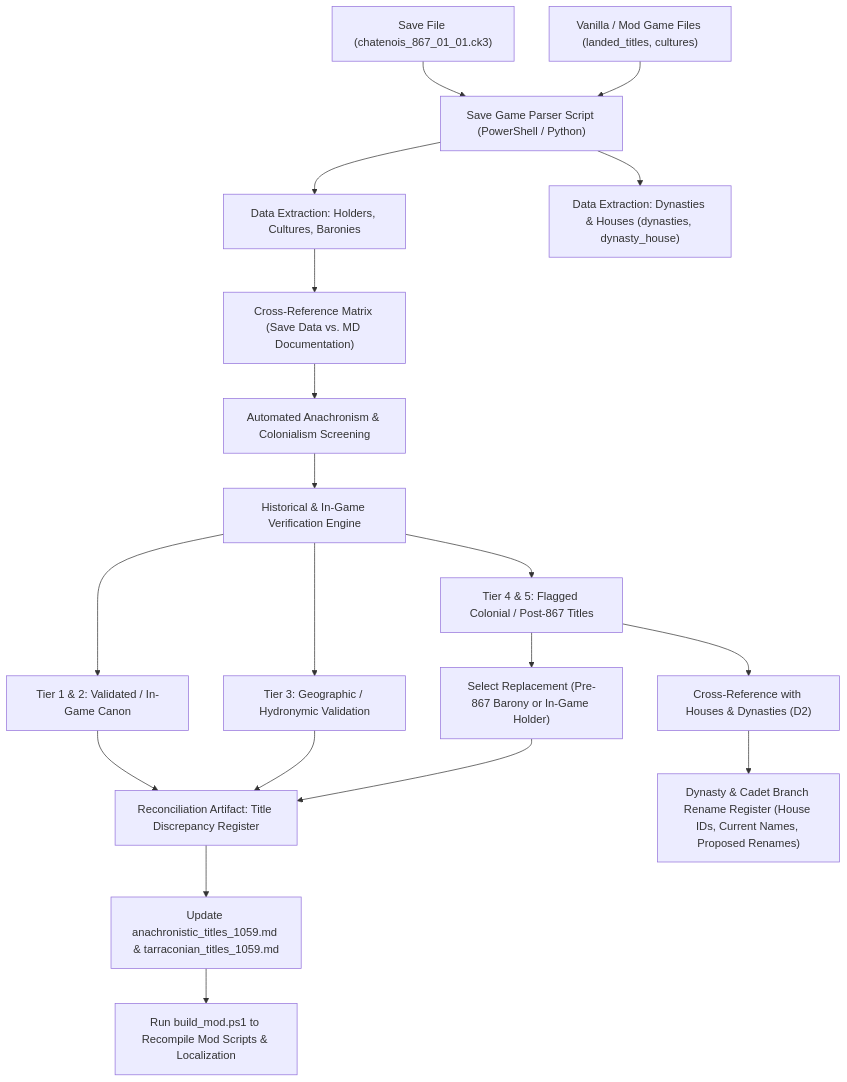
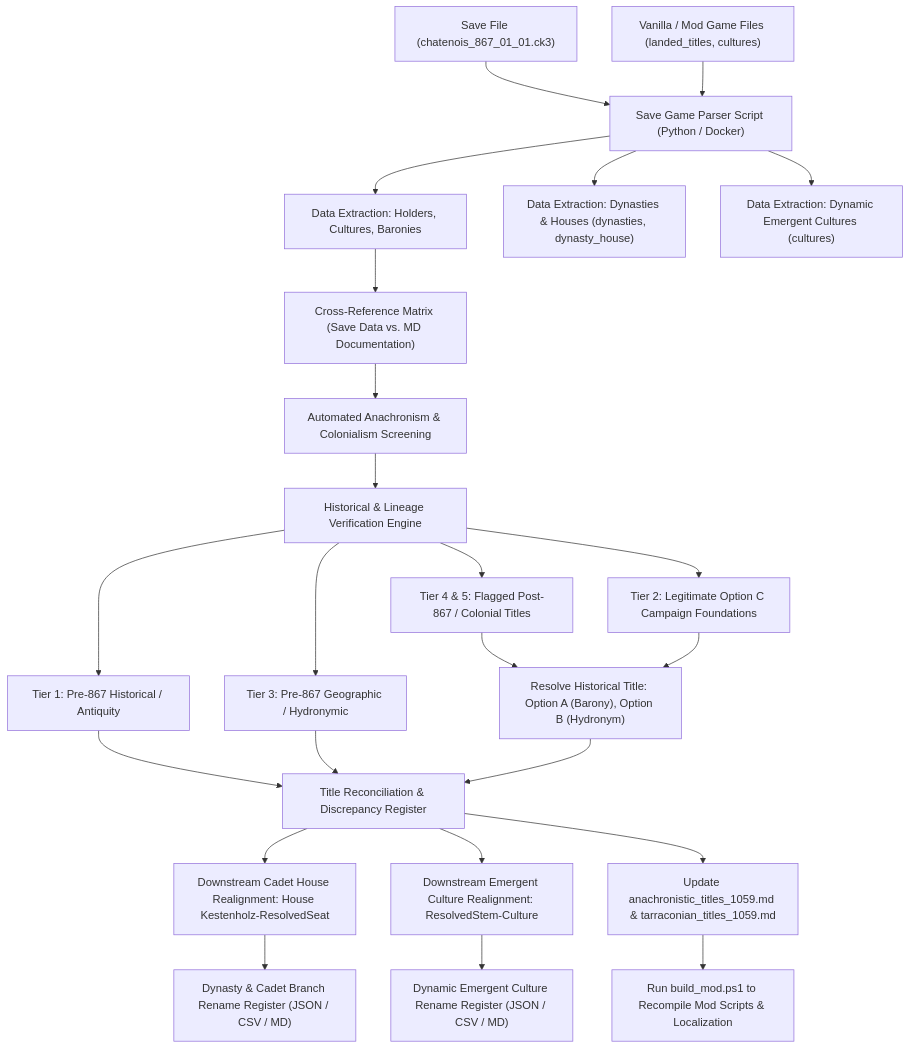
One commit to skachano/tarraconian_hre changed the second of 2 diagrams in title_historical_accuracy_audit_plan.md. Above: the diagram before and after it, drawn with Mermaid. The commit also changed other lines of this file and 6 other files, not shown here.

````diff
--- a/title_historical_accuracy_audit_plan.md
+++ b/title_historical_accuracy_audit_plan.md
@@ -93,27 +126,35 @@
 ```mermaid
 flowchart TD
-    A["Save File (chatenois_867_01_01.ck3)"] --> B["Save Game Parser Script (PowerShell / Python)"]
+    A["Save File (chatenois_867_01_01.ck3)"] --> B["Save Game Parser Script (Python / Docker)"]
     C["Vanilla / Mod Game Files (landed_titles, cultures)"] --> B
     
     B --> D1["Data Extraction: Holders, Cultures, Baronies"]
     B --> D2["Data Extraction: Dynasties & Houses (dynasties, dynasty_house)"]
+    B --> D3["Data Extraction: Dynamic Emergent Cultures (cultures)"]
+    
     D1 --> E["Cross-Reference Matrix (Save Data vs. MD Documentation)"]
     
     E --> F["Automated Anachronism & Colonialism Screening"]
-    F --> G["Historical & In-Game Verification Engine"]
+    F --> G["Historical & Lineage Verification Engine"]
     
-    G --> H1["Tier 1 & 2: Validated / In-Game Canon"]
-    G --> H2["Tier 3: Geographic / Hydronymic Validation"]
-    G --> H3["Tier 4 & 5: Flagged Colonial / Post-867 Titles"]
+    G --> H1["Tier 1: Pre-867 Historical / Antiquity"]
+    G --> H2["Tier 3: Pre-867 Geographic / Hydronymic"]
+    G --> H3["Tier 4 & 5: Flagged Post-867 / Colonial Titles"]
+    G --> H4["Tier 2: Legitimate Option C Campaign Foundations"]
     
-    H3 --> I["Select Replacement (Pre-867 Barony or In-Game Holder)"]
-    I --> J["Reconciliation Artifact: Title Discrepancy Register"]
-    H1 --> J
+    H3 --> I["Resolve Historical Title: Option A (Barony), Option B (Hydronym)"]
+    H4 --> I
+    
+    H1 --> J["Title Reconciliation & Discrepancy Register"]
     H2 --> J
+    I --> J
     
-    H3 --> K1["Cross-Reference with Houses & Dynasties (D2)"]
-    K1 --> K2["Dynasty & Cadet Branch Rename Register (House IDs, Current Names, Proposed Renames)"]
+    J --> K1["Downstream Cadet House Realignment: House Kestenholz-ResolvedSeat"]
+    J --> K2["Downstream Emergent Culture Realignment: ResolvedStem-Culture"]
     
-    J --> L["Update anachronistic_titles_1059.md & tarraconian_titles_1059.md"]
-    L --> M["Run build_mod.ps1 to Recompile Mod Scripts & Localization"]
+    K1 --> L1["Dynasty & Cadet Branch Rename Register (JSON / CSV / MD)"]
+    K2 --> L2["Dynamic Emergent Culture Rename Register (JSON / CSV / MD)"]
+    
+    J --> M["Update anachronistic_titles_1059.md & tarraconian_titles_1059.md"]
+    M --> N["Run build_mod.ps1 to Recompile Mod Scripts & Localization"]
 ```
````
